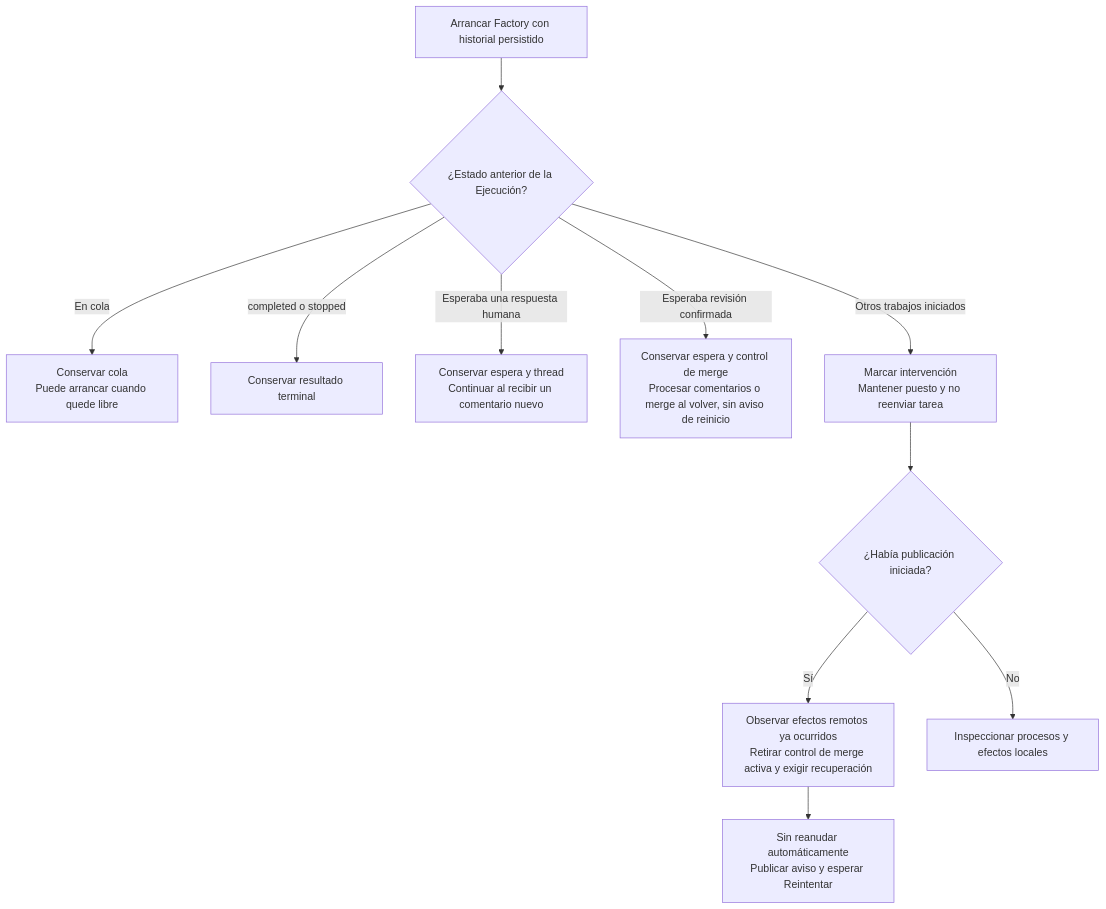
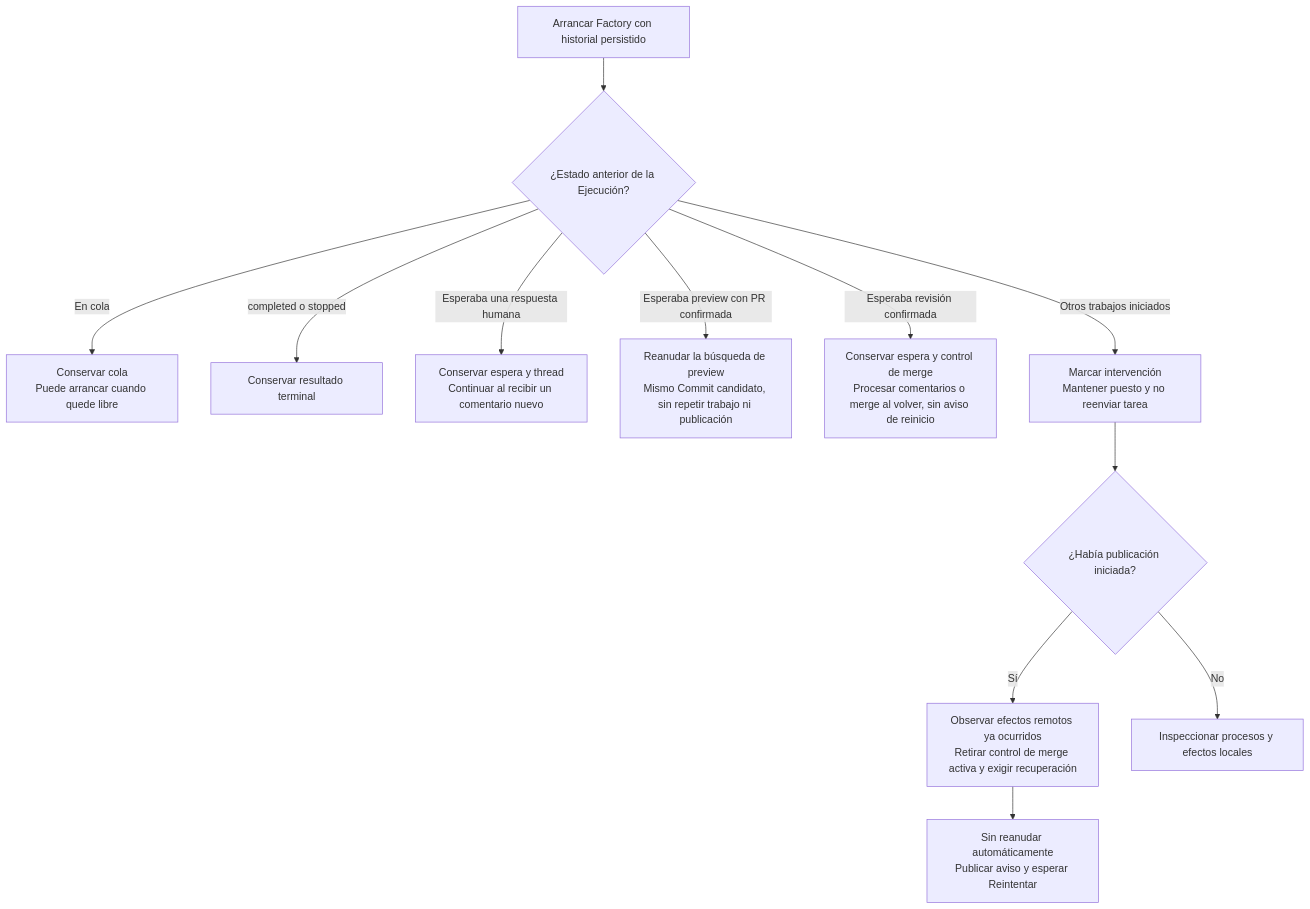
The second of 2 diagrams in docs/manual/05-variantes-e-intervencion.md (rubenbp/app-foundry), drawn with Mermaid before and after one commit. The commit also changed other lines of this file and 18 other files, not shown here.

````diff
--- a/docs/manual/05-variantes-e-intervencion.md
+++ b/docs/manual/05-variantes-e-intervencion.md
@@ -143,13 +143,14 @@
 ```mermaid
 flowchart TD
     R["Arrancar Factory con historial persistido"] --> S{"¿Estado anterior de la Ejecución?"}
     S -->|"En cola"| Q["Conservar cola<br/>Puede arrancar cuando quede libre"]
     S -->|"completed o stopped"| T["Conservar resultado terminal"]
     S -->|"Esperaba una respuesta humana"| W["Conservar espera y thread<br/>Continuar al recibir un comentario nuevo"]
+    S -->|"Esperaba preview con PR confirmada"| PV["Reanudar la búsqueda de preview<br/>Mismo Commit candidato, sin repetir trabajo ni publicación"]
     S -->|"Esperaba revisión confirmada"| V["Conservar espera y control de merge<br/>Procesar comentarios o merge al volver, sin aviso de reinicio"]
     S -->|"Otros trabajos iniciados"| I["Marcar intervención<br/>Mantener puesto y no reenviar tarea"]
     I --> P{"¿Había publicación iniciada?"}
     P -->|"Sí"| O["Observar efectos remotos ya ocurridos<br/>Retirar control de merge activa y exigir recuperación"]
     P -->|"No"| C["Inspeccionar procesos y efectos locales"]
     O --> H["Sin reanudar automáticamente<br/>Publicar aviso y esperar Reintentar"]
 ```
````
